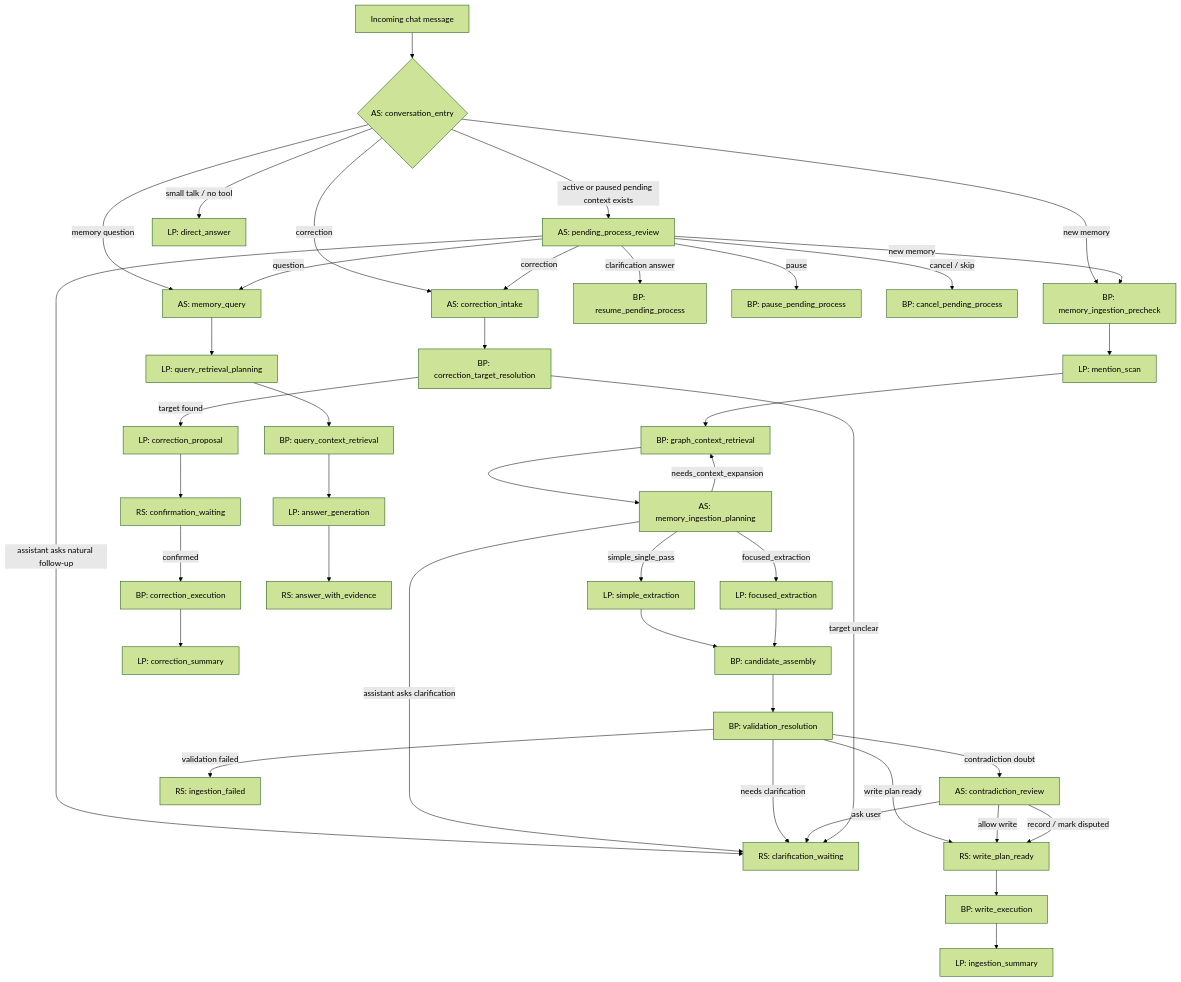
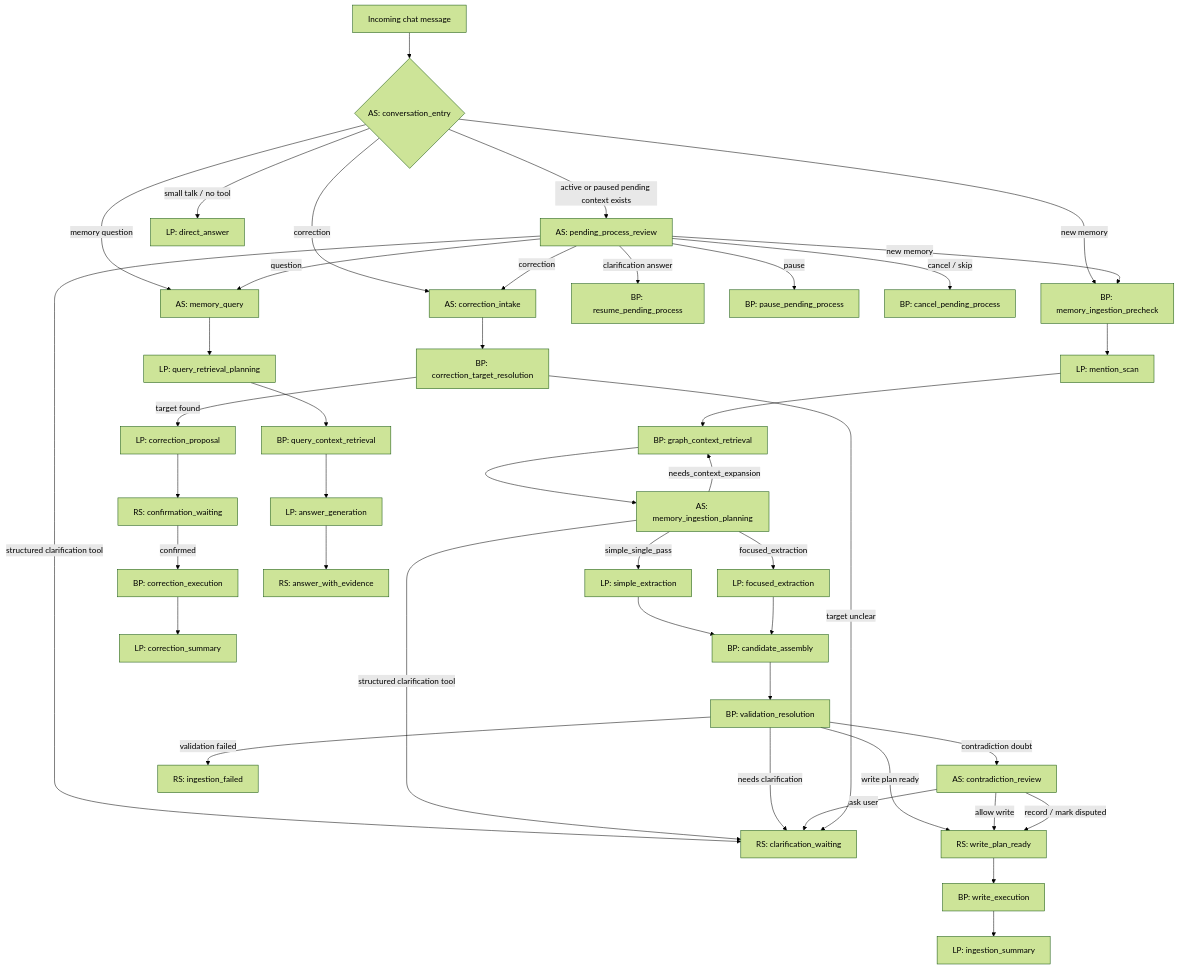
Before and after one commit to applebar17/my-digital-brain: the second of 3 diagrams in docs/architecture/agentic-orchestration.md, drawn with Mermaid (forest theme). The commit also changed other lines of this file and 29 other files, not shown here.

````diff
--- a/docs/architecture/agentic-orchestration.md
+++ b/docs/architecture/agentic-orchestration.md
@@ -130,54 +130,54 @@
 ```mermaid
 flowchart TD
     M[Incoming chat message] --> CE{AS: conversation_entry}
 
     CE -->|active or paused pending context exists| PPR[AS: pending_process_review]
     CE -->|new memory| MIP[BP: memory_ingestion_precheck]
     CE -->|memory question| MQ[AS: memory_query]
     CE -->|correction| CI[AS: correction_intake]
     CE -->|small talk / no tool| DA[LP: direct_answer]
 
     PPR -->|clarification answer| RP[BP: resume_pending_process]
     PPR -->|new memory| MIP
     PPR -->|question| MQ
     PPR -->|correction| CI
     PPR -->|pause| PP[BP: pause_pending_process]
     PPR -->|cancel / skip| CP[BP: cancel_pending_process]
-    PPR -->|assistant asks natural follow-up| CW
+    PPR -->|structured clarification tool| CW
 
     MIP --> MS[LP: mention_scan]
     MS --> GCR[BP: graph_context_retrieval]
     GCR --> MPLAN[AS: memory_ingestion_planning]
 
     MPLAN -->|simple_single_pass| SE[LP: simple_extraction]
     MPLAN -->|focused_extraction| FE[LP: focused_extraction]
     MPLAN -->|needs_context_expansion| GCR
-    MPLAN -->|assistant asks clarification| CW[RS: clarification_waiting]
+    MPLAN -->|structured clarification tool| CW[RS: clarification_waiting]
 
     SE --> CA[BP: candidate_assembly]
     FE --> CA
     CA --> VR[BP: validation_resolution]
     VR -->|write plan ready| WPR[RS: write_plan_ready]
     VR -->|needs clarification| CW
     VR -->|contradiction doubt| CJ[AS: contradiction_review]
     VR -->|validation failed| IF[RS: ingestion_failed]
 
     CJ -->|allow write| WPR
     CJ -->|ask user| CW
     CJ -->|record / mark disputed| WPR
 
     WPR --> WE[BP: write_execution]
     WE --> IS[LP: ingestion_summary]
 
     MQ --> QRP[LP: query_retrieval_planning]
     QRP --> QCR[BP: query_context_retrieval]
     QCR --> AG[LP: answer_generation]
     AG --> AWE[RS: answer_with_evidence]
 
     CI --> CTR[BP: correction_target_resolution]
     CTR -->|target found| CPROP[LP: correction_proposal]
     CTR -->|target unclear| CW
     CPROP --> CCW[RS: confirmation_waiting]
     CCW -->|confirmed| CEX[BP: correction_execution]
     CEX --> CS[LP: correction_summary]
 ```
````
